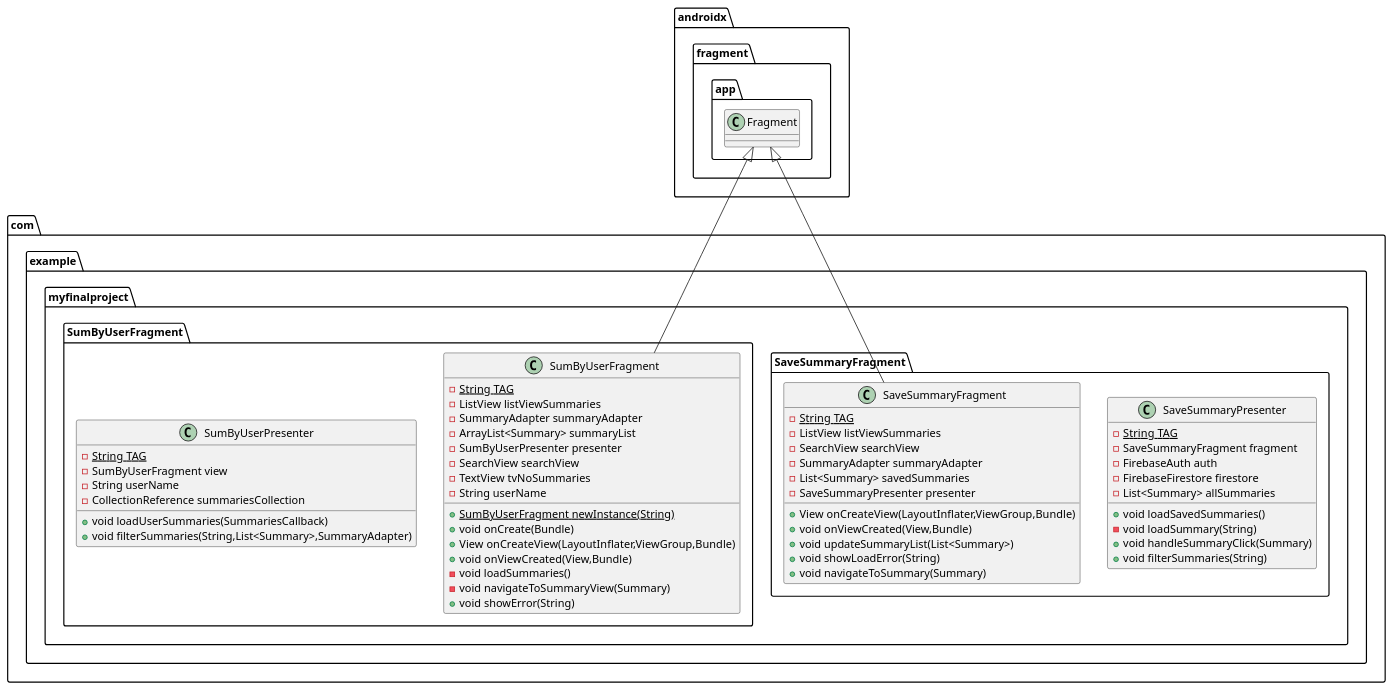
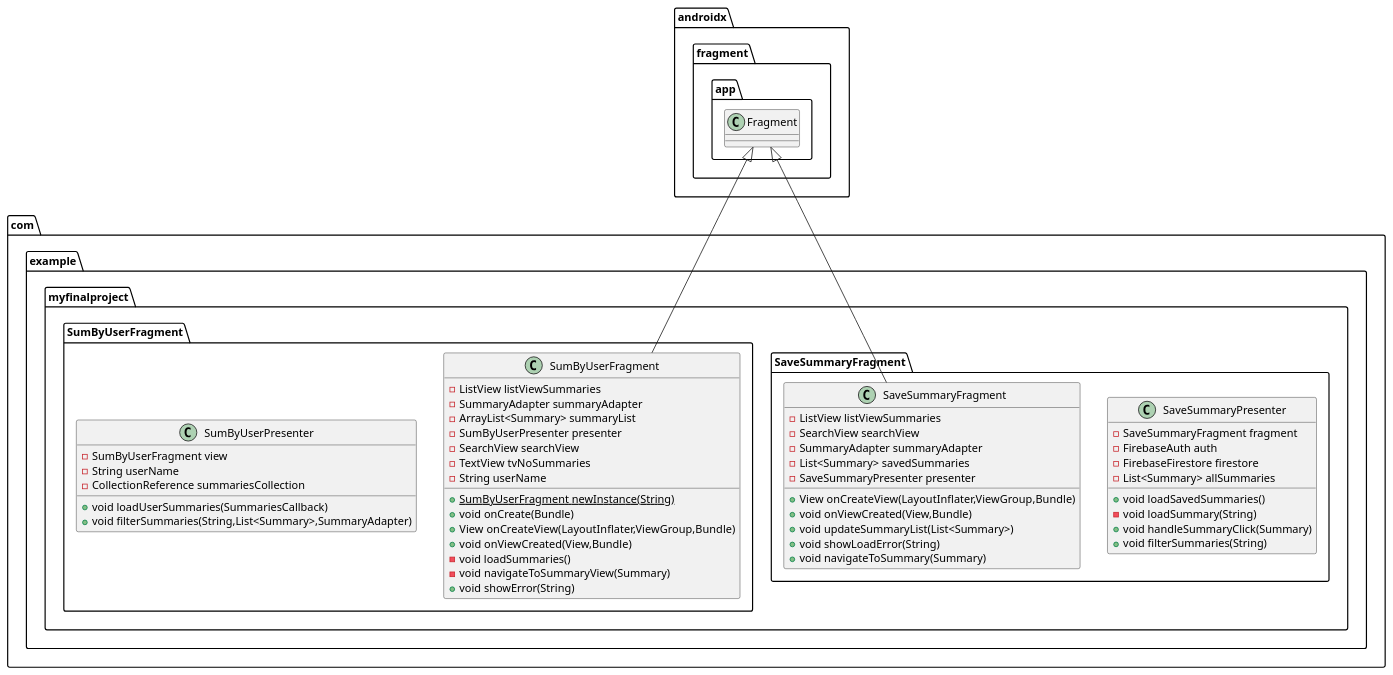
Before and after one commit to HilaLevy0409/myFinalProject: the diagram in S.puml, drawn with PlantUML. The commit also changed 65 other files, not shown here.

```diff
--- a/S.puml
+++ b/S.puml
@@ -1,63 +1,59 @@
 @startuml
 class com.example.myfinalproject.SaveSummaryFragment.SaveSummaryPresenter {
-- {static} String TAG
 - SaveSummaryFragment fragment
 - FirebaseAuth auth
 - FirebaseFirestore firestore
 - List<Summary> allSummaries
 + void loadSavedSummaries()
 - void loadSummary(String)
 + void handleSummaryClick(Summary)
 + void filterSummaries(String)
 }
 
 
 class com.example.myfinalproject.SaveSummaryFragment.SaveSummaryFragment {
-- {static} String TAG
 - ListView listViewSummaries
 - SearchView searchView
 - SummaryAdapter summaryAdapter
 - List<Summary> savedSummaries
 - SaveSummaryPresenter presenter
 + View onCreateView(LayoutInflater,ViewGroup,Bundle)
 + void onViewCreated(View,Bundle)
 + void updateSummaryList(List<Summary>)
 + void showLoadError(String)
 + void navigateToSummary(Summary)
 }
 
 
 class com.example.myfinalproject.SumByUserFragment.SumByUserFragment {
-- {static} String TAG
 - ListView listViewSummaries
 - SummaryAdapter summaryAdapter
 - ArrayList<Summary> summaryList
 - SumByUserPresenter presenter
 - SearchView searchView
 - TextView tvNoSummaries
 - String userName
 + {static} SumByUserFragment newInstance(String)
 + void onCreate(Bundle)
 + View onCreateView(LayoutInflater,ViewGroup,Bundle)
 + void onViewCreated(View,Bundle)
 - void loadSummaries()
 - void navigateToSummaryView(Summary)
 + void showError(String)
 }
 
 
 class com.example.myfinalproject.SumByUserFragment.SumByUserPresenter {
-- {static} String TAG
 - SumByUserFragment view
 - String userName
 - CollectionReference summariesCollection
 + void loadUserSummaries(SummariesCallback)
 + void filterSummaries(String,List<Summary>,SummaryAdapter)
 }
 
 
 
 
 androidx.fragment.app.Fragment <|-- com.example.myfinalproject.SaveSummaryFragment.SaveSummaryFragment
 androidx.fragment.app.Fragment <|-- com.example.myfinalproject.SumByUserFragment.SumByUserFragment
 @enduml
```
